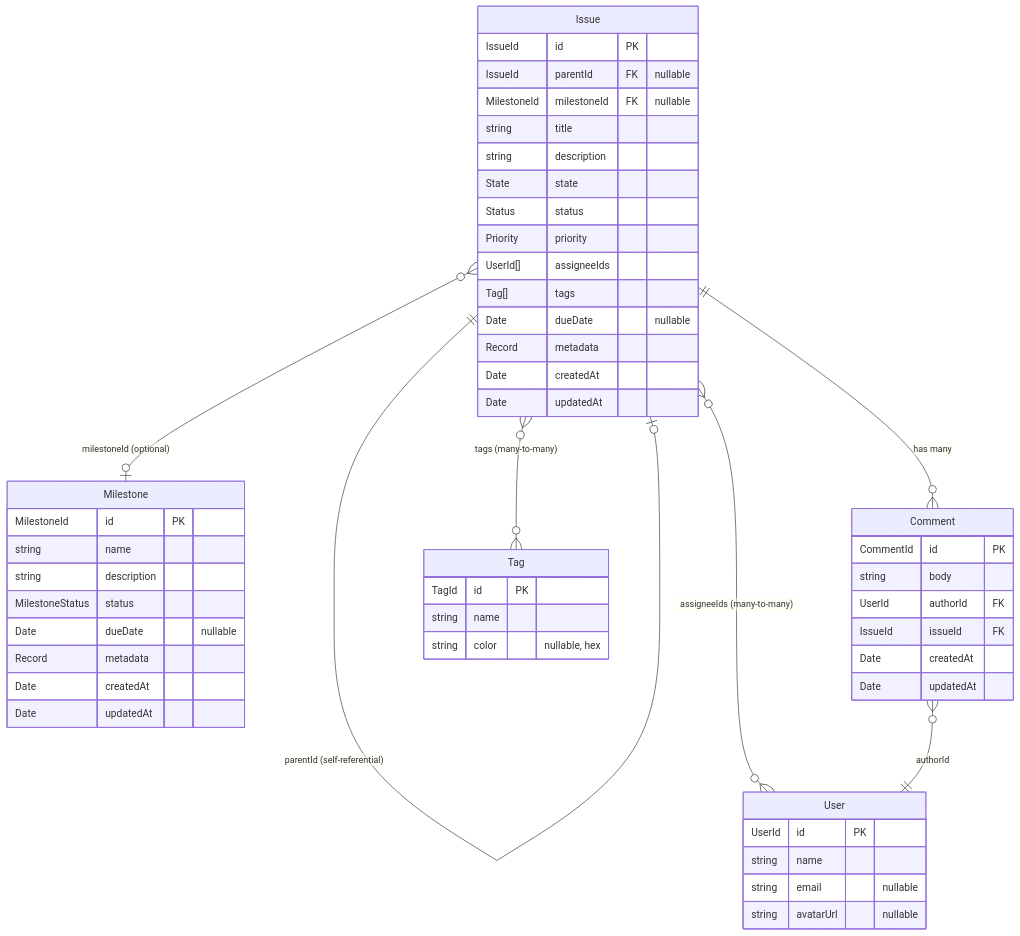
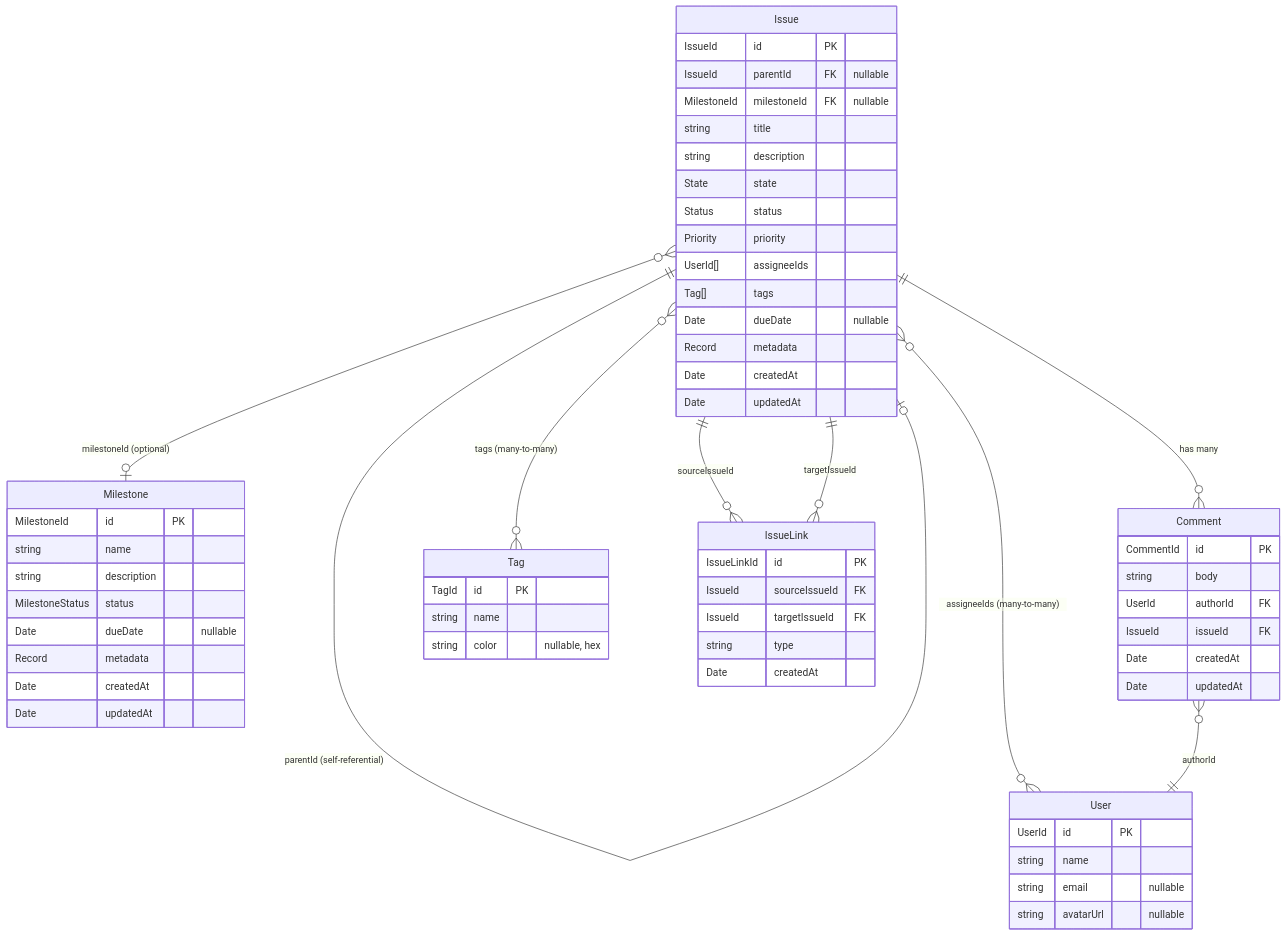
One commit to gherrink/meridian changed the diagram in planning/DOMAIN_MODEL.md. Above: the diagram before and after it, drawn with Mermaid. The commit also changed other lines of this file and 36 other files, not shown here.

First line of the commit message:
feat(core): add issue relations with IssueLink entity and use cases

````diff
--- a/planning/DOMAIN_MODEL.md
+++ b/planning/DOMAIN_MODEL.md
@@ -13,59 +13,69 @@
 ```mermaid
 erDiagram
     Issue ||--o| Issue : "parentId (self-referential)"
     Issue }o--o| Milestone : "milestoneId (optional)"
     Issue ||--o{ Comment : "has many"
     Issue }o--o{ User : "assigneeIds (many-to-many)"
     Issue }o--o{ Tag : "tags (many-to-many)"
+    Issue ||--o{ IssueLink : "sourceIssueId"
+    Issue ||--o{ IssueLink : "targetIssueId"
     Comment }o--|| User : "authorId"
 
     Issue {
         IssueId id PK
         IssueId parentId FK "nullable"
         MilestoneId milestoneId FK "nullable"
         string title
         string description
         State state
         Status status
         Priority priority
         UserId[] assigneeIds
         Tag[] tags
         Date dueDate "nullable"
         Record metadata
         Date createdAt
         Date updatedAt
+    }
+
+    IssueLink {
+        IssueLinkId id PK
+        IssueId sourceIssueId FK
+        IssueId targetIssueId FK
+        string type
+        Date createdAt
     }
 
     Milestone {
         MilestoneId id PK
         string name
         string description
         MilestoneStatus status
         Date dueDate "nullable"
         Record metadata
         Date createdAt
         Date updatedAt
     }
 
     Comment {
         CommentId id PK
         string body
         UserId authorId FK
         IssueId issueId FK
         Date createdAt
         Date updatedAt
     }
 
     User {
         UserId id PK
         string name
         string email "nullable"
         string avatarUrl "nullable"
     }
 
     Tag {
         TagId id PK
         string name
         string color "nullable, hex"
     }
 ```
````
